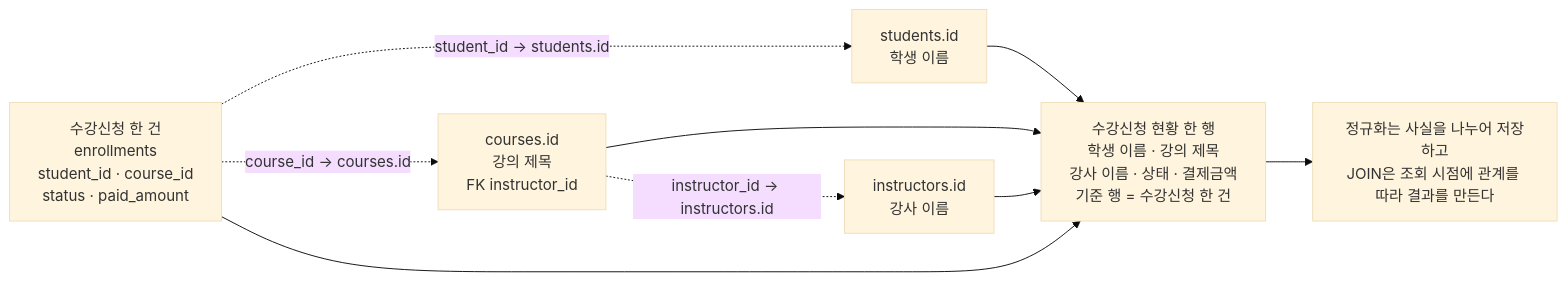
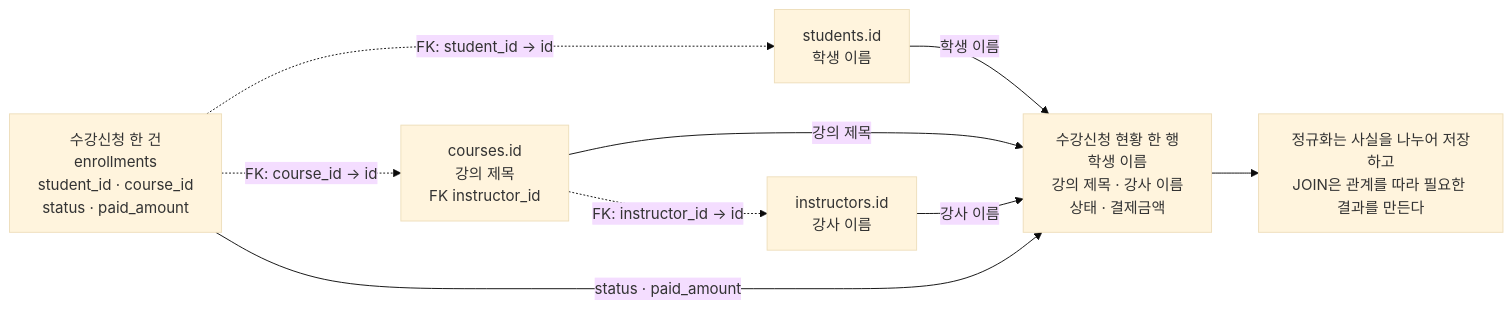
The diagram in images/chapter08/ch08_01_join_why_needed.mmd (GilbertMoon/ai-database-book), drawn with Mermaid (base theme) before and after one commit.

Commit message:
fix: simplify JOIN diagram relationships and labels

```diff
--- a/images/chapter08/ch08_01_join_why_needed.mmd
+++ b/images/chapter08/ch08_01_join_why_needed.mmd
@@ -1,17 +1,17 @@
 flowchart LR
     E[수강신청 한 건<br/>enrollments<br/>student_id · course_id<br/>status · paid_amount]
     S[students.id<br/>학생 이름]
     C[courses.id<br/>강의 제목<br/>FK instructor_id]
     I[instructors.id<br/>강사 이름]
-    R[수강신청 현황 한 행<br/>학생 이름 · 강의 제목<br/>강사 이름 · 상태 · 결제금액<br/>기준 행 = 수강신청 한 건]
-    N[정규화는 사실을 나누어 저장하고<br/>JOIN은 조회 시점에 관계를 따라 결과를 만든다]
+    R[수강신청 현황 한 행<br/>학생 이름<br/>강의 제목 · 강사 이름<br/>상태 · 결제금액]
+    N[정규화는 사실을 나누어 저장하고<br/>JOIN은 관계를 따라 필요한 결과를 만든다]
 
-    E -. "student_id → students.id" .-> S
-    E -. "course_id → courses.id" .-> C
-    C -. "instructor_id → instructors.id" .-> I
+    E -. "FK: student_id → id" .-> S
+    E -. "FK: course_id → id" .-> C
+    C -. "FK: instructor_id → id" .-> I
 
-    S --> R
-    C --> R
-    I --> R
-    E --> R
+    S -->|학생 이름| R
+    C -->|강의 제목| R
+    I -->|강사 이름| R
+    E -->|status · paid_amount| R
     R --> N
```
